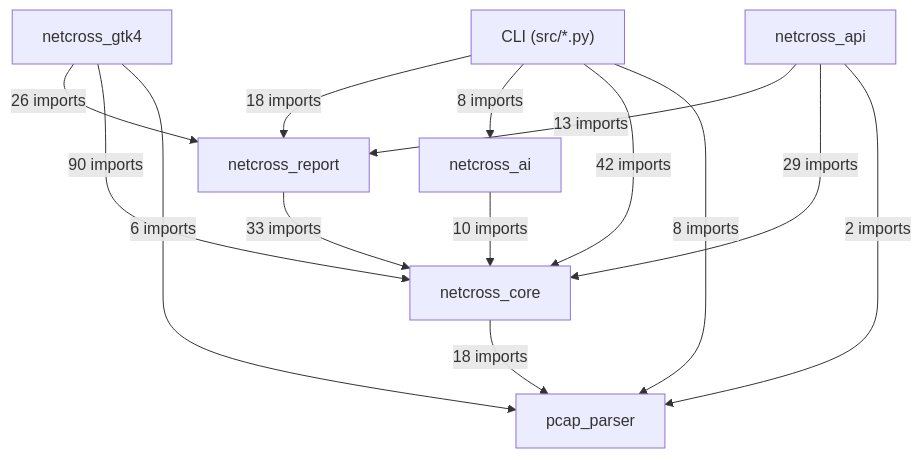
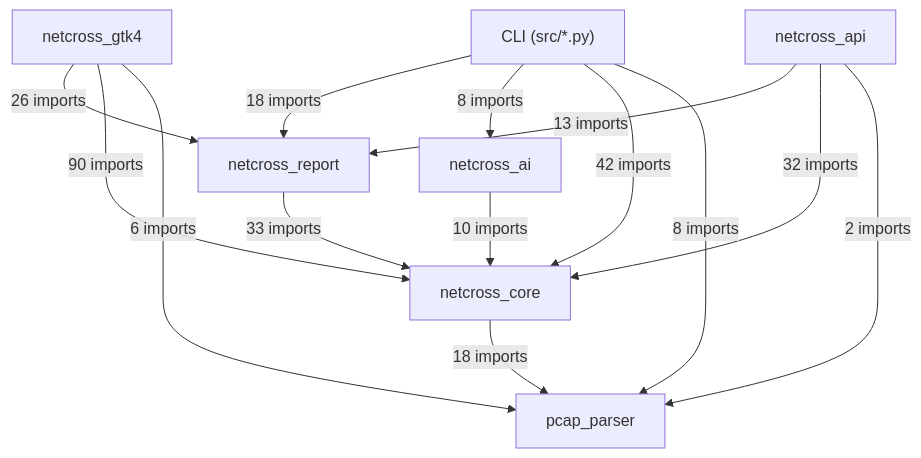
The first of 19 diagrams in docs/class-diagram.md (Mathide-Team/Netcross), drawn with Mermaid before and after one commit. The commit also changed other lines of this file and 8 other files, not shown here.

Commit message:
feat(#867): plugins dans l'API -- GET /plugins, champ plugins, NETCROSS_PLUGIN_PATH

````diff
--- a/docs/class-diagram.md
+++ b/docs/class-diagram.md
@@ -26,23 +26,23 @@
 ```mermaid
 flowchart TD
     CLI["CLI (src/*.py)"]
     netcross_gtk4["netcross_gtk4"]
     netcross_api["netcross_api"]
     netcross_report["netcross_report"]
     netcross_ai["netcross_ai"]
     netcross_core["netcross_core"]
     pcap_parser["pcap_parser"]
     CLI -->|"18 imports"| netcross_report
     CLI -->|"8 imports"| netcross_ai
     CLI -->|"42 imports"| netcross_core
     CLI -->|"8 imports"| pcap_parser
     netcross_gtk4 -->|"26 imports"| netcross_report
     netcross_gtk4 -->|"90 imports"| netcross_core
     netcross_gtk4 -->|"6 imports"| pcap_parser
     netcross_api -->|"13 imports"| netcross_report
-    netcross_api -->|"29 imports"| netcross_core
+    netcross_api -->|"32 imports"| netcross_core
     netcross_api -->|"2 imports"| pcap_parser
     netcross_report -->|"33 imports"| netcross_core
     netcross_ai -->|"10 imports"| netcross_core
     netcross_core -->|"18 imports"| pcap_parser
 ```
````
